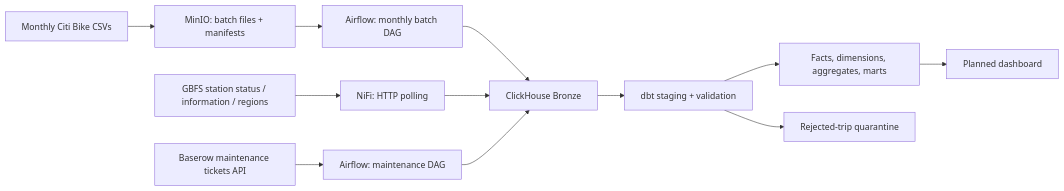
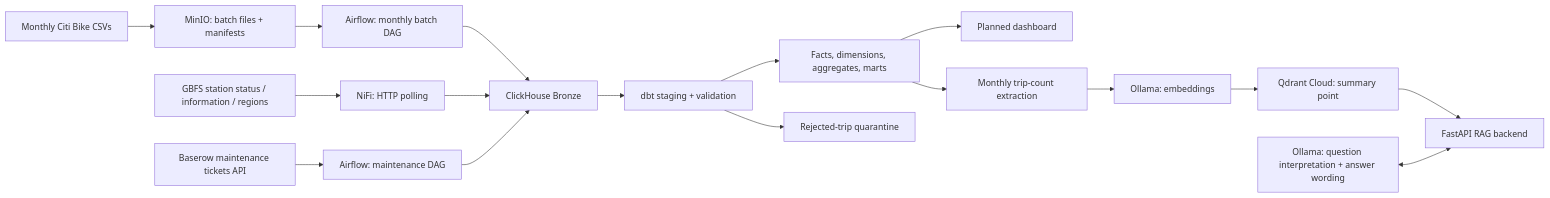
Before and after one commit to mfonekpo/citibike: the diagram in README.md, drawn with Mermaid. The commit also changed other lines of this file and 1 other file, not shown here.

````diff
--- a/README.md
+++ b/README.md
@@ -23,17 +26,22 @@
 ```mermaid
 flowchart LR
     CSV[Monthly Citi Bike CSVs] --> MINIO[MinIO: batch files + manifests]
     MINIO --> AIRFLOW[Airflow: monthly batch DAG]
     AIRFLOW --> BRONZE[ClickHouse Bronze]
 
     GBFS[GBFS station status / information / regions] --> NIFI[NiFi: HTTP polling]
     NIFI --> BRONZE
 
     BASEROW[Baserow maintenance tickets API] --> BADAG[Airflow: maintenance DAG]
     BADAG --> BRONZE
 
     BRONZE --> DBT[dbt staging + validation]
     DBT --> FACTS[Facts, dimensions, aggregates, marts]
     DBT --> QUARANTINE[Rejected-trip quarantine]
     FACTS --> DASH[Planned dashboard]
+    FACTS --> SUMMARY[Monthly trip-count extraction]
+    SUMMARY --> EMBED[Ollama: embeddings]
+    EMBED --> QDRANT[Qdrant Cloud: summary point]
+    QDRANT --> API[FastAPI RAG backend]
+    CHAT[Ollama: question interpretation + answer wording] <--> API
 ```
````
